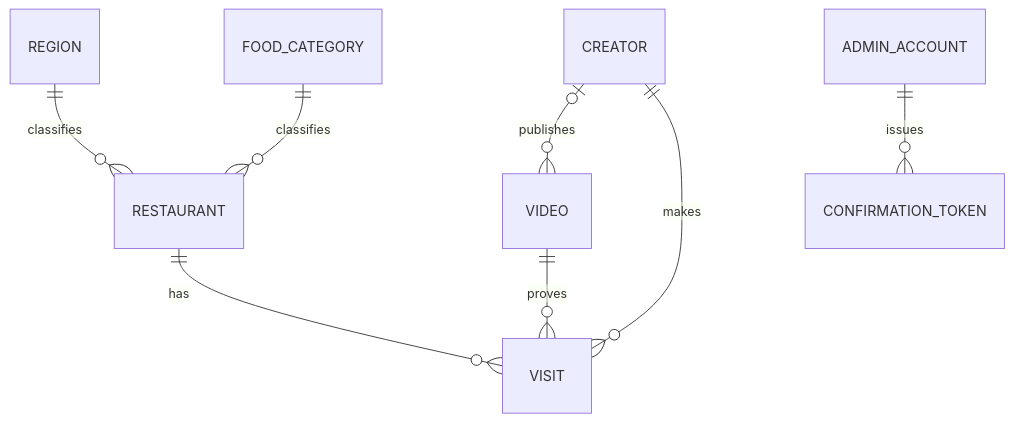
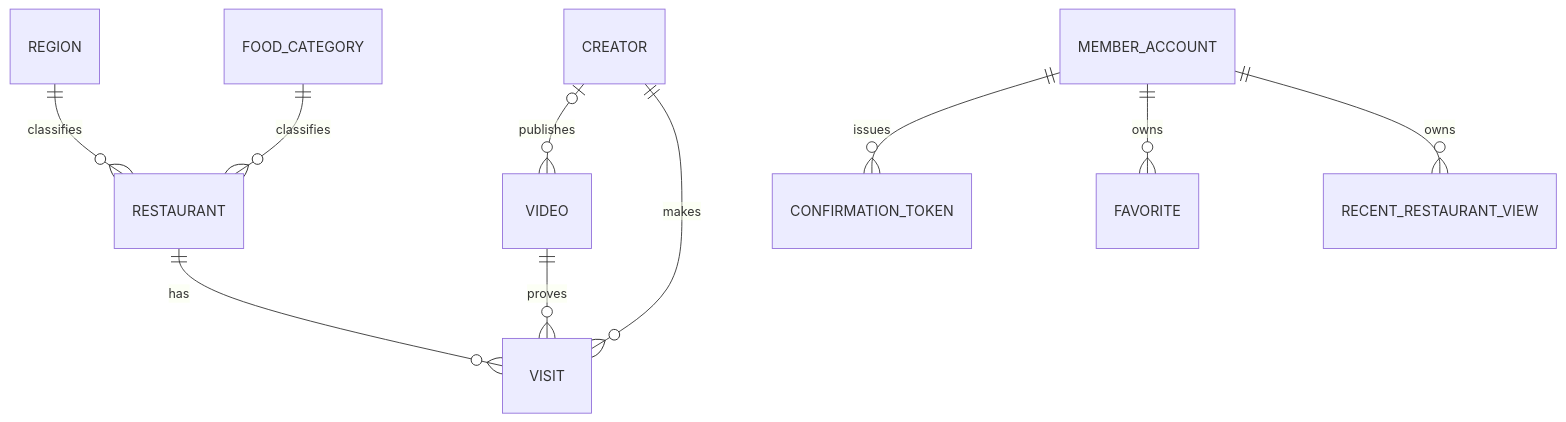
One commit to team-youngkk/masit-on changed the diagram in docs/05-specs/data/physical-data-model.md. Above: the diagram before and after it, drawn with Mermaid. The commit also changed other lines of this file and 68 other files, not shown here.

````diff
--- a/docs/05-specs/data/physical-data-model.md
+++ b/docs/05-specs/data/physical-data-model.md
@@ -101,10 +102,12 @@
 ```mermaid
 erDiagram
     REGION ||--o{ RESTAURANT : classifies
     FOOD_CATEGORY ||--o{ RESTAURANT : classifies
     CREATOR o|--o{ VIDEO : publishes
     RESTAURANT ||--o{ VISIT : has
     CREATOR ||--o{ VISIT : makes
     VIDEO ||--o{ VISIT : proves
-    ADMIN_ACCOUNT ||--o{ CONFIRMATION_TOKEN : issues
+    MEMBER_ACCOUNT ||--o{ CONFIRMATION_TOKEN : issues
+    MEMBER_ACCOUNT ||--o{ FAVORITE : owns
+    MEMBER_ACCOUNT ||--o{ RECENT_RESTAURANT_VIEW : owns
 ```
````
